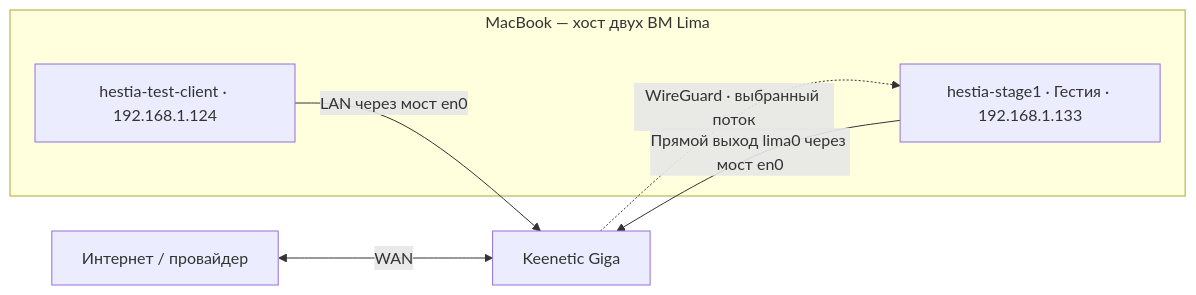
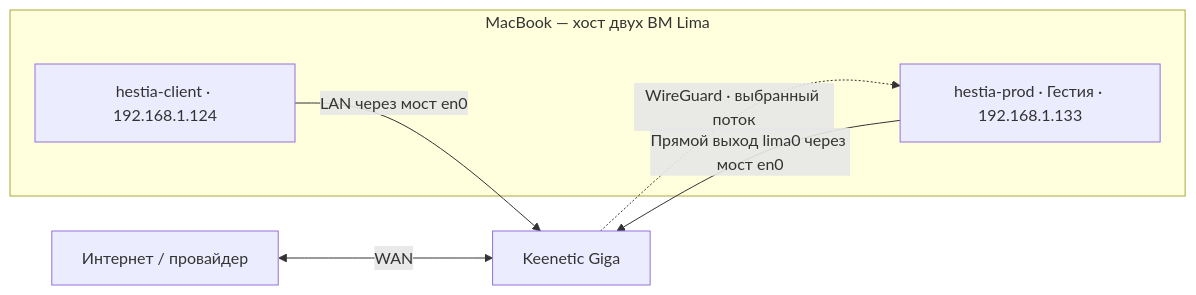
Before and after one commit to Artik-Man/Hestia: the third of 7 diagrams in docs/architecture.md, drawn with Mermaid. The commit also changed 357 other files, not shown here.

````diff
--- a/docs/architecture.md
+++ b/docs/architecture.md
@@ -44,11 +44,11 @@
 ```mermaid
 flowchart LR
     Net["Интернет / провайдер"] <-->|WAN| R["Keenetic Giga"]
     subgraph Mac["MacBook — хост двух ВМ Lima"]
-        C["hestia-test-client · 192.168.1.124"]
-        G["hestia-stage1 · Гестия · 192.168.1.133"]
+        C["hestia-client · 192.168.1.124"]
+        G["hestia-prod · Гестия · 192.168.1.133"]
     end
     C -->|"LAN через мост en0"| R
     R -.->|"WireGuard · выбранный поток"| G
     G -->|"Прямой выход lima0 через мост en0"| R
 ```
````
